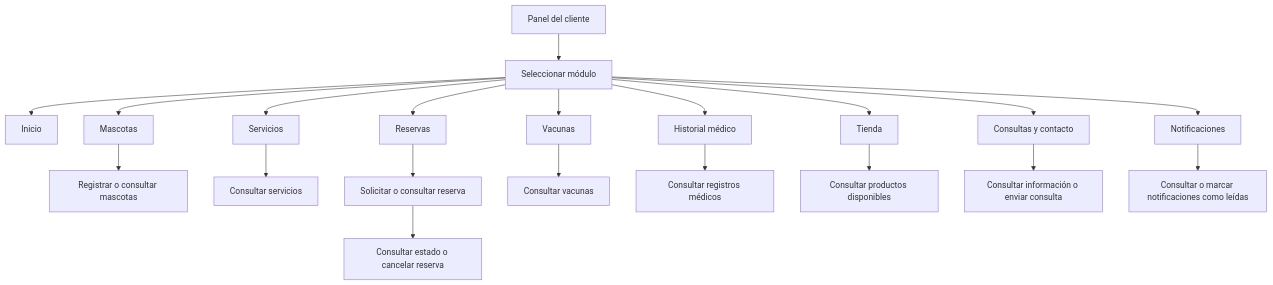
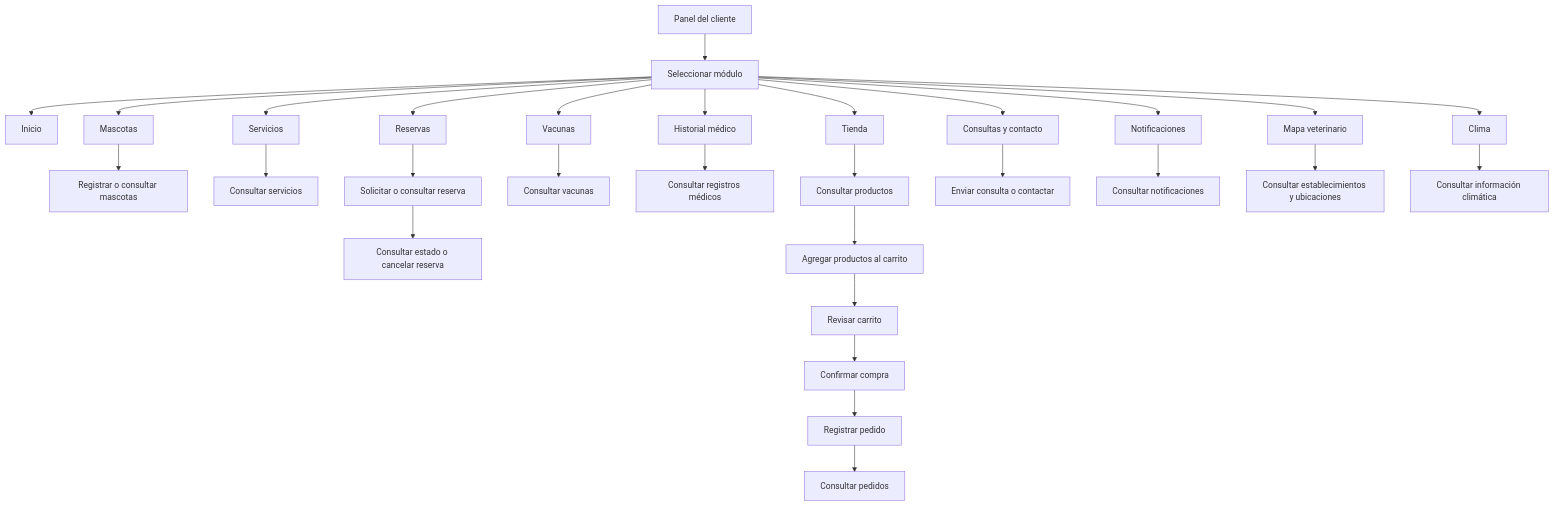
The second of 4 diagrams in doc/04_casos_de_uso.md (AM1-LosMosqueperris/Mosqueperris), drawn with Mermaid before and after one commit. The commit also changed other lines of this file and 24 other files, not shown here.

````diff
--- a/doc/04_casos_de_uso.md
+++ b/doc/04_casos_de_uso.md
@@ -324,22 +423,32 @@
 ```mermaid
 flowchart TD
     A[Panel del cliente] --> B[Seleccionar módulo]
     B --> C[Inicio]
     B --> D[Mascotas]
     B --> E[Servicios]
     B --> F[Reservas]
     B --> G[Vacunas]
     B --> H[Historial médico]
     B --> I[Tienda]
     B --> J[Consultas y contacto]
     B --> K[Notificaciones]
-    D --> L[Registrar o consultar mascotas]
-    E --> M[Consultar servicios]
-    F --> N[Solicitar o consultar reserva]
-    N --> O[Consultar estado o cancelar reserva]
-    G --> P[Consultar vacunas]
-    H --> Q[Consultar registros médicos]
-    I --> R[Consultar productos disponibles]
-    J --> S[Consultar información o enviar consulta]
-    K --> T[Consultar o marcar notificaciones como leídas]
+    B --> L[Mapa veterinario]
+    B --> M[Clima]
+
+    D --> N[Registrar o consultar mascotas]
+    E --> O[Consultar servicios]
+    F --> P[Solicitar o consultar reserva]
+    P --> Q[Consultar estado o cancelar reserva]
+    G --> R[Consultar vacunas]
+    H --> S[Consultar registros médicos]
+    I --> T[Consultar productos]
+    T --> U[Agregar productos al carrito]
+    U --> V[Revisar carrito]
+    V --> W[Confirmar compra]
+    W --> X[Registrar pedido]
+    X --> Y[Consultar pedidos]
+    J --> Z[Enviar consulta o contactar]
+    K --> AA[Consultar notificaciones]
+    L --> AB[Consultar establecimientos y ubicaciones]
+    M --> AC[Consultar información climática]
 ```
````
